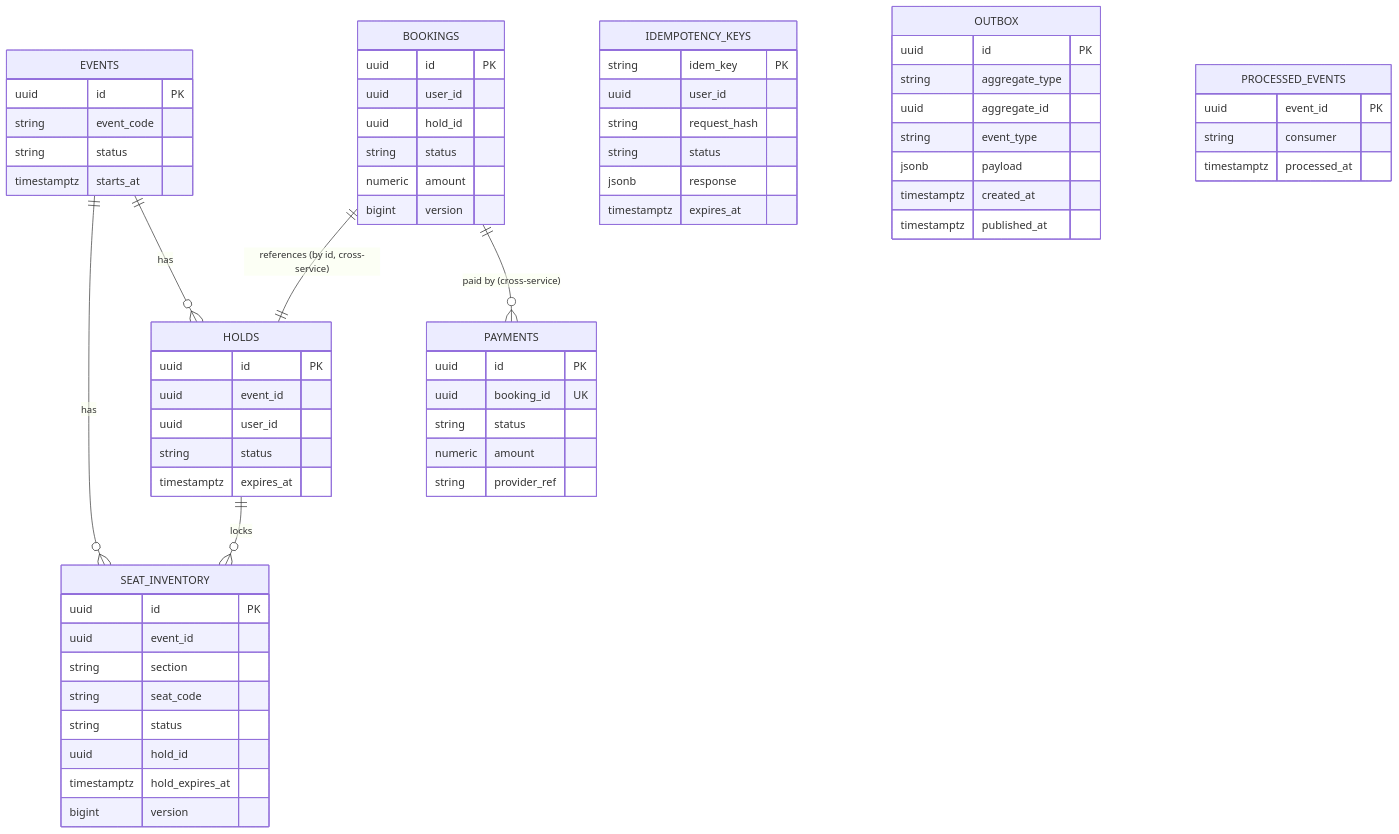
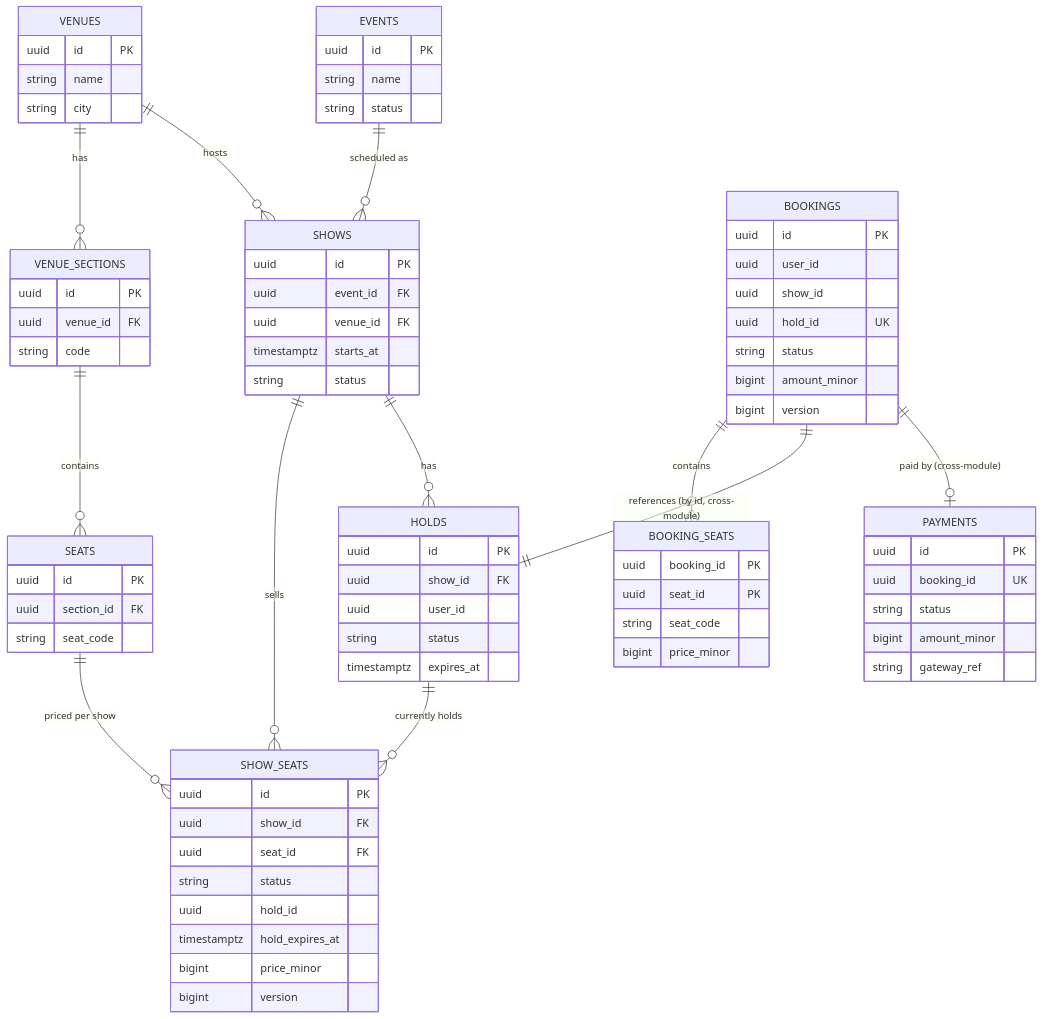
Before and after one commit to Vivek-122005/distributed-ticket-reservation-system: the seventh of 7 diagrams in docs/PROJECT_PLAN.md, drawn with Mermaid. The commit also changed other lines of this file and 8 other files, not shown here.

First line of the commit message:
docs: adopt show/venue model, payment reconciliation and monolith-first core

````diff
--- a/docs/PROJECT_PLAN.md
+++ b/docs/PROJECT_PLAN.md
@@ -199,68 +251,80 @@
 ```mermaid
 erDiagram
-    EVENTS ||--o{ SEAT_INVENTORY : has
-    EVENTS ||--o{ HOLDS : has
-    HOLDS ||--o{ SEAT_INVENTORY : locks
-    BOOKINGS ||--|| HOLDS : "references (by id, cross-service)"
-    BOOKINGS ||--o{ PAYMENTS : "paid by (cross-service)"
+    VENUES ||--o{ VENUE_SECTIONS : has
+    VENUE_SECTIONS ||--o{ SEATS : contains
+    EVENTS ||--o{ SHOWS : "scheduled as"
+    VENUES ||--o{ SHOWS : hosts
+    SHOWS ||--o{ SHOW_SEATS : sells
+    SEATS ||--o{ SHOW_SEATS : "priced per show"
+    SHOWS ||--o{ HOLDS : has
+    HOLDS ||--o{ SHOW_SEATS : "currently holds"
+    BOOKINGS ||--o{ BOOKING_SEATS : contains
+    BOOKINGS ||--|| HOLDS : "references (by id, cross-module)"
+    BOOKINGS ||--o| PAYMENTS : "paid by (cross-module)"
+    VENUES {
+      uuid id PK
+      string name
+      string city
+    }
+    VENUE_SECTIONS {
+      uuid id PK
+      uuid venue_id FK
+      string code
+    }
+    SEATS {
+      uuid id PK
+      uuid section_id FK
+      string seat_code
+    }
     EVENTS {
       uuid id PK
-      string event_code
+      string name
       string status
+    }
+    SHOWS {
+      uuid id PK
+      uuid event_id FK
+      uuid venue_id FK
       timestamptz starts_at
+      string status
     }
-    SEAT_INVENTORY {
+    SHOW_SEATS {
       uuid id PK
-      uuid event_id
-      string section
-      string seat_code
+      uuid show_id FK
+      uuid seat_id FK
       string status
       uuid hold_id
       timestamptz hold_expires_at
+      bigint price_minor
       bigint version
     }
     HOLDS {
       uuid id PK
-      uuid event_id
+      uuid show_id FK
       uuid user_id
       string status
       timestamptz expires_at
     }
     BOOKINGS {
       uuid id PK
       uuid user_id
-      uuid hold_id
+      uuid show_id
+      uuid hold_id UK
       string status
-      numeric amount
+      bigint amount_minor
       bigint version
     }
-    IDEMPOTENCY_KEYS {
-      string idem_key PK
-      uuid user_id
-      string request_hash
-      string status
-      jsonb response
-      timestamptz expires_at
-    }
-    OUTBOX {
-      uuid id PK
-      string aggregate_type
-      uuid aggregate_id
-      string event_type
-      jsonb payload
-      timestamptz created_at
-      timestamptz published_at
+    BOOKING_SEATS {
+      uuid booking_id PK
+      uuid seat_id PK
+      string seat_code
+      bigint price_minor
     }
     PAYMENTS {
       uuid id PK
       uuid booking_id UK
       string status
-      numeric amount
-      string provider_ref
-    }
-    PROCESSED_EVENTS {
-      uuid event_id PK
-      string consumer
-      timestamptz processed_at
+      bigint amount_minor
+      string gateway_ref
     }
 ```
````
